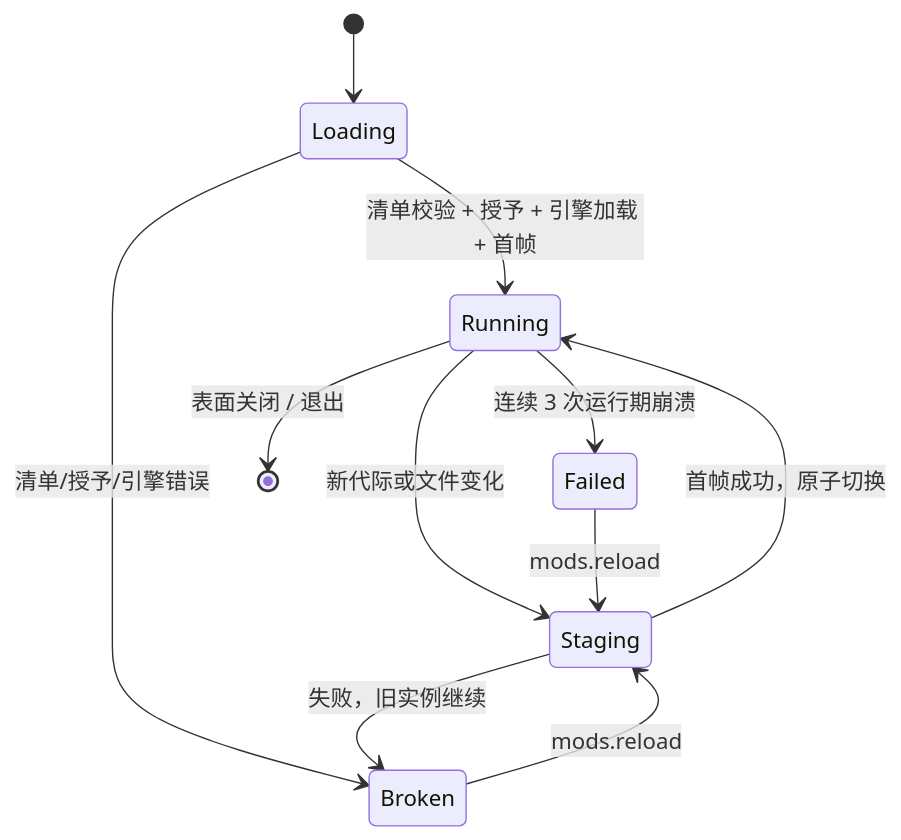
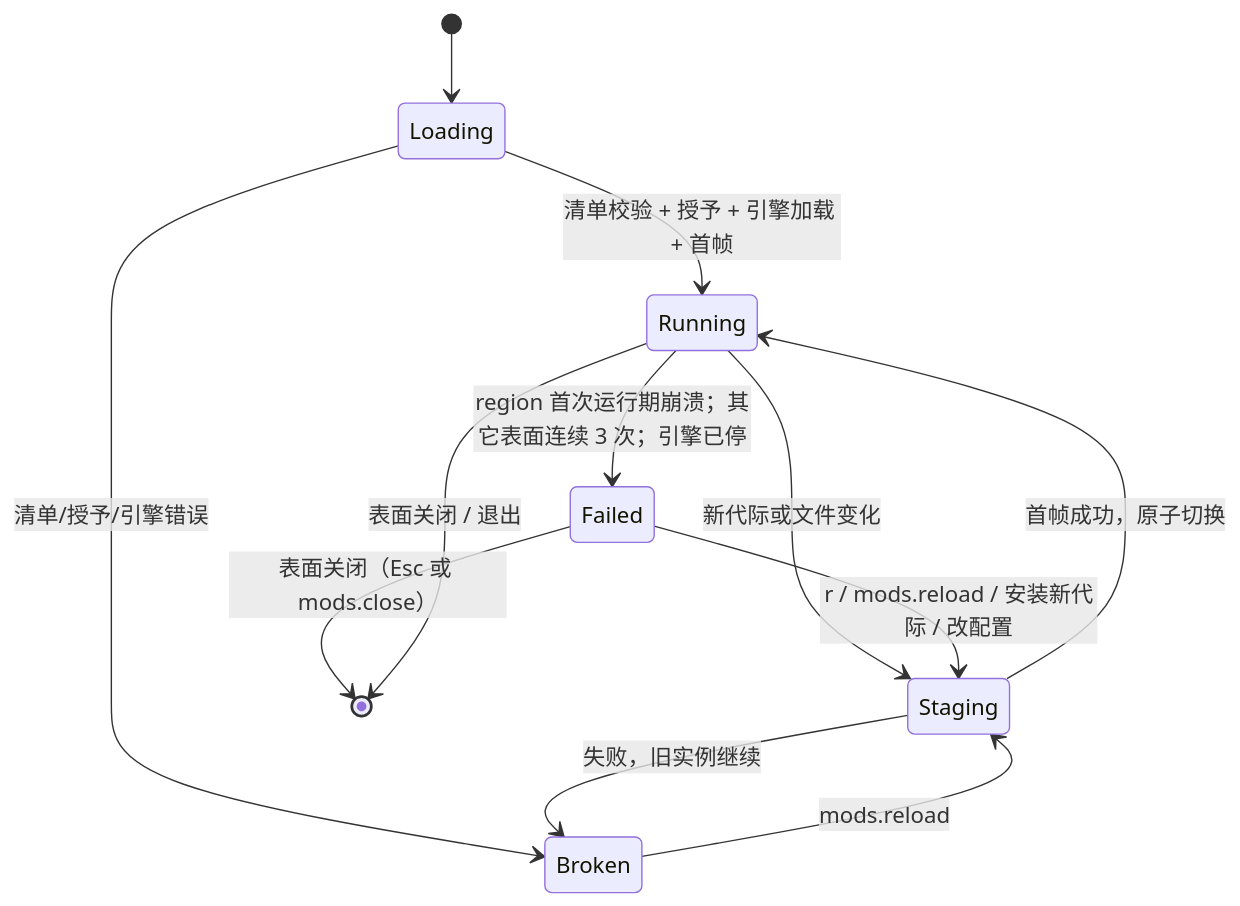
The second of 2 diagrams in docs/mods.md (wuxiaobai24/hc-tui), drawn with Mermaid before and after one commit. The commit also changed other lines of this file and 10 other files, not shown here.

````diff
--- a/docs/mods.md
+++ b/docs/mods.md
@@ -439,13 +454,14 @@
 ```mermaid
 stateDiagram-v2
   [*] --> Loading
   Loading --> Running: 清单校验 + 授予 + 引擎加载 + 首帧
   Loading --> Broken: 清单/授予/引擎错误
   Running --> Staging: 新代际或文件变化
   Staging --> Running: 首帧成功，原子切换
   Staging --> Broken: 失败，旧实例继续
   Broken --> Staging: mods.reload
-  Running --> Failed: 连续 3 次运行期崩溃
-  Failed --> Staging: mods.reload
+  Running --> Failed: region 首次运行期崩溃；其它表面连续 3 次；引擎已停
+  Failed --> Staging: r / mods.reload / 安装新代际 / 改配置
+  Failed --> [*]: 表面关闭（Esc 或 mods.close）
   Running --> [*]: 表面关闭 / 退出
 ```
````
